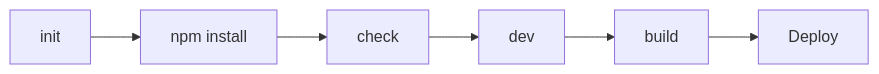
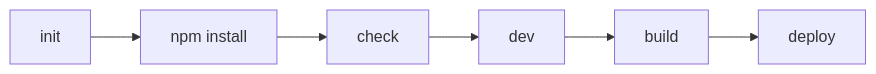
One commit to Rerurate514/riebeckite changed the fifth of 6 diagrams in docs/ja/docs/reference/cli.md. Above: the diagram before and after it, drawn with Mermaid. The commit also changed other lines of this file and 17 other files, not shown here.

````diff
--- a/docs/ja/docs/reference/cli.md
+++ b/docs/ja/docs/reference/cli.md
@@ -435,15 +460,15 @@
 ```mermaid id="gr7mks"
 flowchart LR
     Init["init"]
     Install["npm install"]
     Check["check"]
     Dev["dev"]
     Build["build"]
-    Deploy["Deploy"]
+    Deploy["deploy"]
 
     Init --> Install
     Install --> Check
     Check --> Dev
     Dev --> Build
     Build --> Deploy
 ```
````
